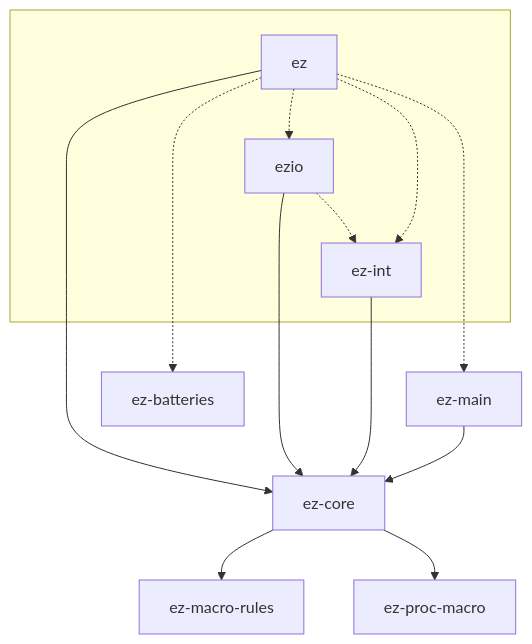
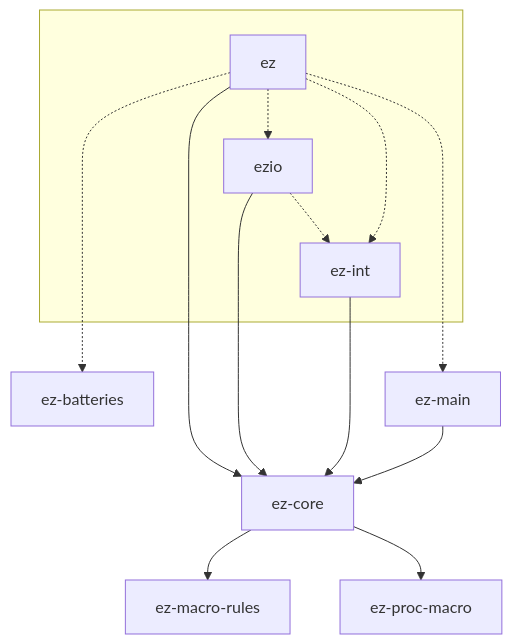
Before and after one commit to jeremyBanks/ez: the diagram in CONTRIBUTING.md, drawn with Mermaid. The commit also changed other lines of this file and 11 other files, not shown here.

````diff
--- a/CONTRIBUTING.md
+++ b/CONTRIBUTING.md
@@ -5,20 +5,20 @@
 ```mermaid
 graph TD;
   subgraph public[" "]
     ez
     ez-int
     ezio
   end
 
   ezio -.-> ez-int
   ez ---> ez-core
   ez -.-> ez-int
   ez -.-> ezio
+  ez -...-> ez-batteries
   ez -...-> ez-main
   ezio --> ez-core
   ez-core --> ez-macro-rules
   ez-core --> ez-proc-macro
   ez-int --> ez-core
   ez-main --> ez-core
-  ez -...-> ez-batteries
 ```
````
